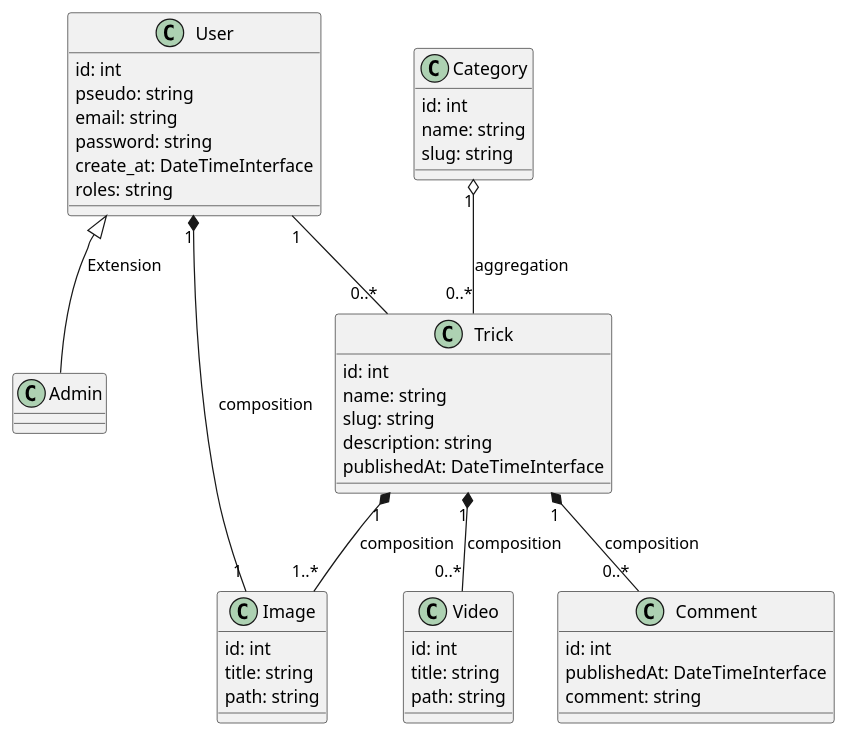
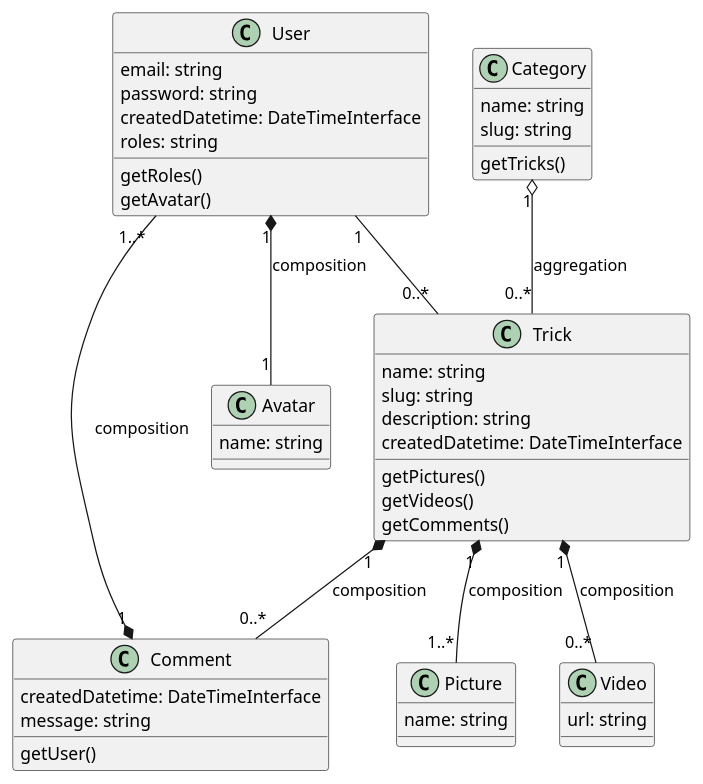
The diagram in uml/classes.puml (sjaulin/snowtricks), drawn with PlantUML before and after one commit. The commit also changed 23 other files, not shown here.

```diff
--- a/uml/classes.puml
+++ b/uml/classes.puml
@@ -1,54 +1,56 @@
 @startuml Classes
+'see:https://plantuml.com/fr/class-diagram
+
         class User {
-            {field} id: int
-            {field} pseudo: string
             {field} email: string
             {field} password: string
-            {field} create_at: DateTimeInterface
+            {field} createdDatetime: DateTimeInterface
             {field} roles: string
+            {method} getRoles()
+            {method} getAvatar()
         }
 
-        class Admin 
+        class Avatar {
+            {field} name: string
+        }
 
         class Category {
-            {field} id: int
             {field} name: string
             {field} slug: string
+            {method} getTricks()
         }
         
         class Trick {
-            {field} id: int
             {field} name: string
             {field} slug: string
             {field} description: string
-            {field} publishedAt: DateTimeInterface
+            {field} createdDatetime: DateTimeInterface
+            {method} getPictures()
+            {method} getVideos()
+            {method} getComments()
         }
 
-        class Image {
-            {field} id: int
-            {field} title: string
-            {field} path: string
+        class Picture {
+            {field} name: string
         }
 
         class Video {
-            {field} id: int
-            {field} title: string
-            {field} path: string
+            {field} url: string
         }
 
         class Comment {
-            {field} id: int
-            {field} publishedAt: DateTimeInterface
-            {field} comment: string
+            {field} createdDatetime: DateTimeInterface
+            {field} message: string
+            {method} getUser()
         }
 
-        User <|-- Admin : Extension
-
-        User "1" *-- "1" Image : composition
+        User "1" *-- "1" Avatar : composition
         User "1" -- "0..*" Trick
 
         Category "1" o-- "0..*" Trick : aggregation
-        Trick "1" *-- "1..*" Image : composition
+        Trick "1" *-- "1..*" Picture : composition
         Trick "1" *-- "0..*" Video : composition
         Trick "1" *-- "0..*" Comment : composition
+
+        Comment "1" *-- "1..*" User : composition
 @enduml
```
